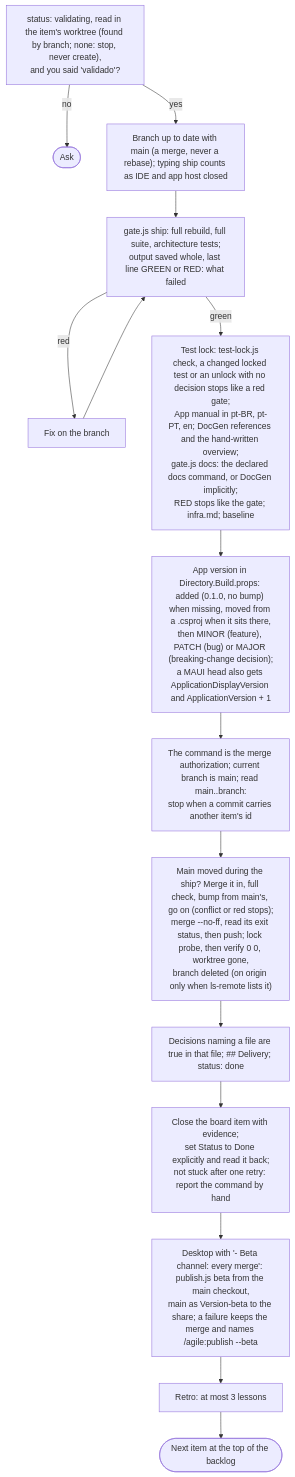
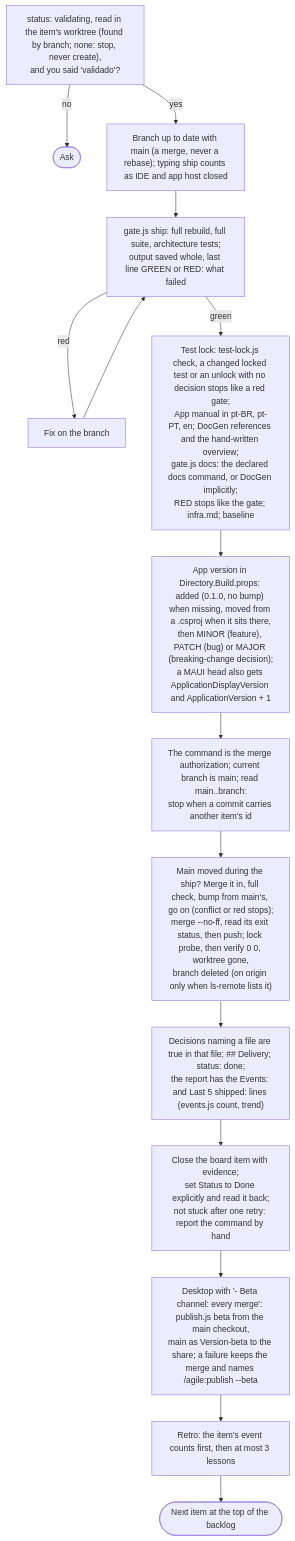
Before and after one commit to alexcanario/simulab: diagram 13 of 21 in docs/agile/workflow.md, drawn with Mermaid. The commit also changed other lines of this file and 10 other files, not shown here.

````diff
--- a/docs/agile/workflow.md
+++ b/docs/agile/workflow.md
@@ -923,17 +947,17 @@
 ```mermaid
 flowchart TD
     A["status: validating, read in the item's worktree (found by branch; none: stop, never create),<br/>and you said 'validado'?"] -->|no| A1(["Ask"])
     A -->|yes| B["Branch up to date with main (a merge, never a rebase); typing ship counts as IDE and app host closed"]
     B --> C["gate.js ship: full rebuild, full suite, architecture tests;<br/>output saved whole, last line GREEN or RED: what failed"]
     C -->|red| C1["Fix on the branch"]
     C1 --> C
     C -->|green| D["Test lock: test-lock.js check, a changed locked test or an unlock with no decision stops like a red gate;<br/>App manual in pt-BR, pt-PT, en; DocGen references and the hand-written overview;<br/>gate.js docs: the declared docs command, or DocGen implicitly;<br/>RED stops like the gate; infra.md; baseline"]
     D --> D1["App version in Directory.Build.props: added (0.1.0, no bump) when missing, moved from a .csproj when it sits there,<br/>then MINOR (feature), PATCH (bug) or MAJOR (breaking-change decision);<br/>a MAUI head also gets ApplicationDisplayVersion and ApplicationVersion + 1"]
     D1 --> E2["The command is the merge authorization; current branch is main; read main..branch:<br/>stop when a commit carries another item's id"]
     E2 --> F["Main moved during the ship? Merge it in, full check, bump from main's, go on (conflict or red stops);<br/>merge --no-ff, read its exit status, then push; lock probe, then verify 0 0, worktree gone,<br/>branch deleted (on origin only when ls-remote lists it)"]
-    F --> G["Decisions naming a file are true in that file; ## Delivery; status: done"]
+    F --> G["Decisions naming a file are true in that file; ## Delivery; status: done;<br/>the report has the Events: and Last 5 shipped: lines (events.js count, trend)"]
     G --> H["Close the board item with evidence;<br/>set Status to Done explicitly and read it back;<br/>not stuck after one retry: report the command by hand"]
     H --> H2["Desktop with '- Beta channel: every merge': publish.js beta from the main checkout,<br/>main as Version-beta to the share; a failure keeps the merge and names /agile:publish --beta"]
-    H2 --> I["Retro: at most 3 lessons"]
+    H2 --> I["Retro: the item's event counts first, then at most 3 lessons"]
     I --> J(["Next item at the top of the backlog"])
 ```
````
